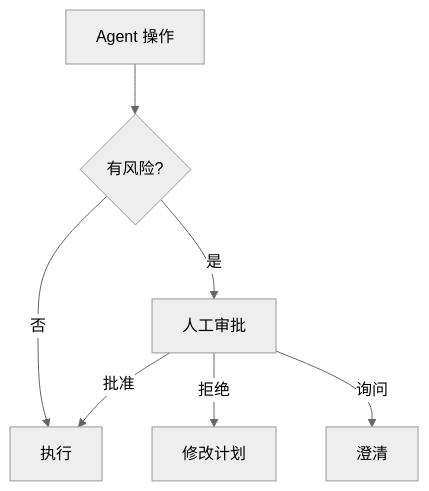
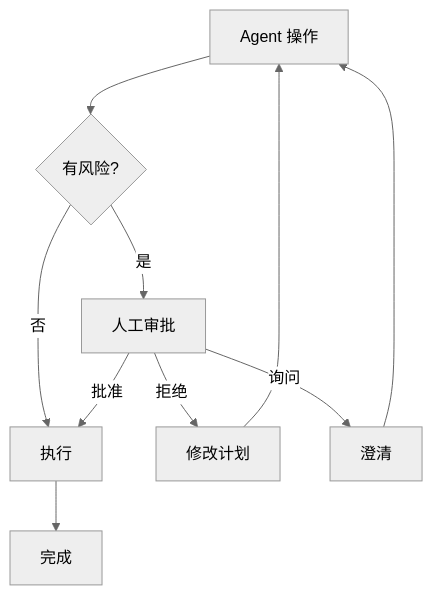
Before and after one commit to riba2534/multi-agent-wiki-cn: the diagram in content/wiki/patterns/human-in-the-loop.md, drawn with Mermaid (neutral theme). The commit also changed other lines of this file and 41 other files, not shown here.

First line of the commit message:
docs: 全面质量改进 - 术语统一、Mermaid规范化、间距修复

````diff
--- a/content/wiki/patterns/human-in-the-loop.md
+++ b/content/wiki/patterns/human-in-the-loop.md
@@ -16,9 +16,12 @@
 ```mermaid
 flowchart TD
-  A[Agent 操作] --> Risk{有风险?}
-  Risk -->|否| Exec[执行]
-  Risk -->|是| H[人工审批]
-  H -->|批准| Exec
-  H -->|拒绝| Revise[修改计划]
-  H -->|询问| Clarify[澄清]
+  A["Agent 操作"] --> Risk{"有风险?"}
+  Risk -->|"否"| Exec["执行"]
+  Risk -->|"是"| H["人工审批"]
+  H -->|"批准"| Exec
+  H -->|"拒绝"| Revise["修改计划"]
+  H -->|"询问"| Clarify["澄清"]
+  Exec --> Done["完成"]
+  Revise --> A
+  Clarify --> A
 ```
````
